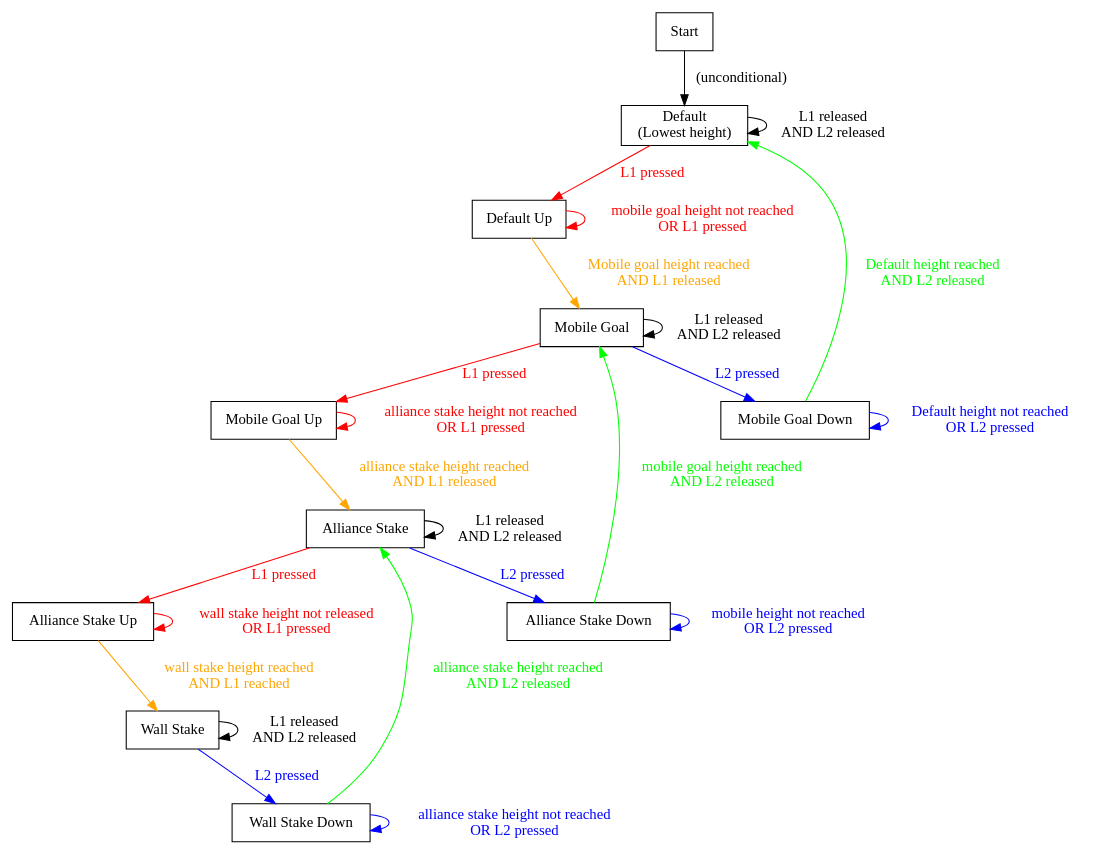
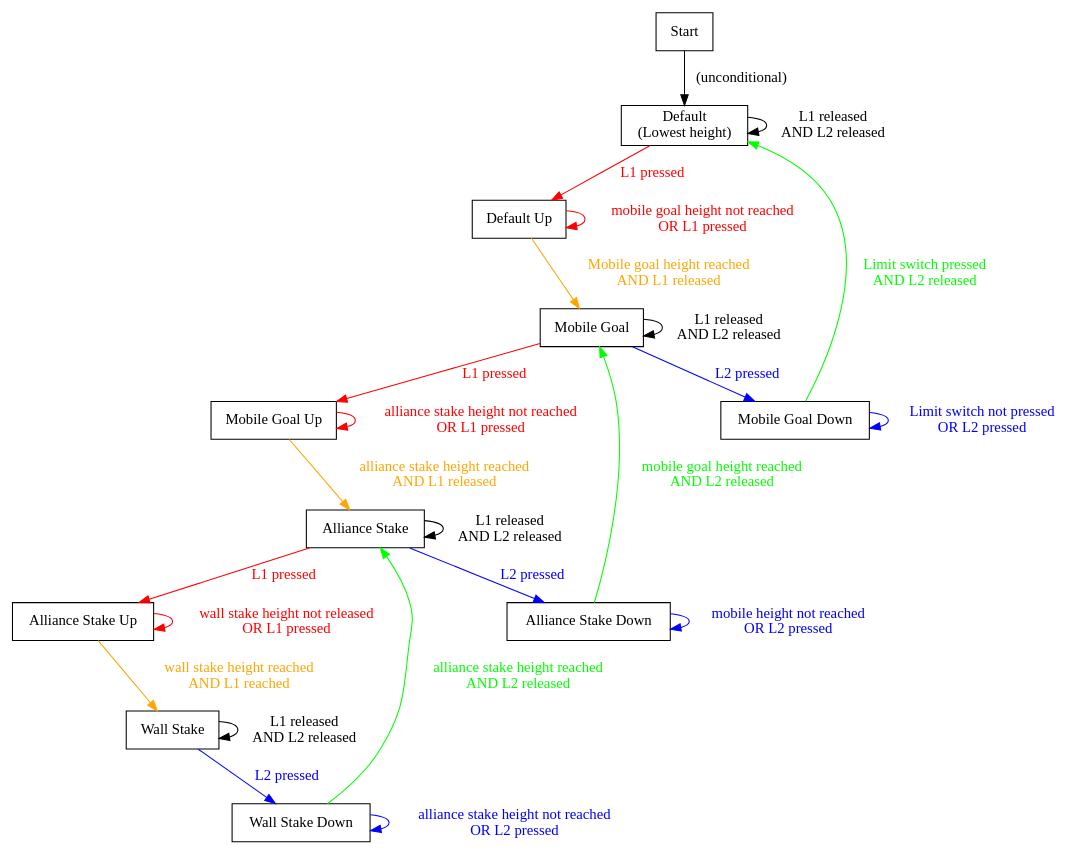
Before and after one commit to eshsrobotics/vex: the diagram in 2024/prototype/intake_mechanisms/docs/lift-state-machine.dot, drawn with Graphviz. The commit also changed 2 other files, not shown here.

Commit message:
A new lift method was made to check the whether the limit is pressed.
* A new method is added to Ilift.h to check whether the limit switch is
  pressed or not.
  * This will be used as the new condition to check whether the lift has
    reached low enough.
* The state machine was updated to reflect the new condition.
    * Currently, it checks whether the lift has stopped spinning.
      However, this is no longer valid as the lift will not stop due to
      the physical obstruction being rubber bands and not metal; rubber
      bands do not fully stop the lift.

```diff
--- a/2024/prototype/intake_mechanisms/docs/lift-state-machine.dot
+++ b/2024/prototype/intake_mechanisms/docs/lift-state-machine.dot
@@ -1,58 +1,58 @@
 // To convert this to an image, install Graphviz to your $PATH, then run:
 //
 //   dot -T png -o lift-state-machine.png lift-state-machine.dot
 digraph G {
 
     node [shape=record, fontname="Georgia", style="solid"];
     graph [rankdir="TB", nodesep=".25"];
 
     Start;
     Default [label="Default\n(Lowest height)"];
     DefaultUp [label="Default Up"];
     MobileGoalDown [label="Mobile Goal Down"];
     MobileGoal [label="Mobile Goal"];
     MobileGoalUp [label="Mobile Goal Up"];
     AllianceStakeDown [label="Alliance Stake Down"];
     AllianceStake [label="Alliance Stake"];
     AllianceStakeUp [label="Alliance Stake Up"];
     WallStakeDown [label="Wall Stake Down"];
     WallStake [label="Wall Stake"];
 
     Start -> Default [label="(unconditional)"];
 
     Default -> DefaultUp [label="L1 pressed", fontcolor="red", color="red"];
     Default -> Default [label="L1 released\n AND L2 released"];
 
     DefaultUp -> MobileGoal [label="Mobile goal height reached\n AND L1 released", fontcolor="orange", color="orange"];
     DefaultUp -> DefaultUp [label="mobile goal height not reached\n OR L1 pressed", fontcolor="red", color="red"];
 
     MobileGoal -> MobileGoalDown [label="L2 pressed", fontcolor="blue", color="blue"];
     MobileGoal -> MobileGoal [label="L1 released\n AND L2 released"];
     MobileGoal -> MobileGoalUp [label="L1 pressed", fontcolor="red", color="red"];
 
-    MobileGoalDown -> Default [label="Default height reached\n AND L2 released", fontcolor="lime", color="lime"];
-    MobileGoalDown -> MobileGoalDown [label="Default height not reached\n OR L2 pressed", fontcolor="blue", color="blue"];
+    MobileGoalDown -> Default [label="Limit switch pressed\n AND L2 released", fontcolor="lime", color="lime"];
+    MobileGoalDown -> MobileGoalDown [label="Limit switch not pressed\n OR L2 pressed", fontcolor="blue", color="blue"];
 
     MobileGoalUp -> AllianceStake [label="alliance stake height reached\n AND L1 released", fontcolor="orange", color="orange"];
     MobileGoalUp -> MobileGoalUp [label="alliance stake height not reached\n OR L1 pressed", fontcolor="red", color="red"];
 
     AllianceStake -> AllianceStakeDown [label="L2 pressed", fontcolor="blue", color="blue"];
     AllianceStake -> AllianceStake [label="L1 released\n AND L2 released"];
     AllianceStake -> AllianceStakeUp [label="L1 pressed", fontcolor="red", color="red"];
 
     AllianceStakeDown -> AllianceStakeDown [label="mobile height not reached\n OR L2 pressed", fontcolor="blue", color="blue"];
     AllianceStakeDown -> MobileGoal [label="mobile goal height reached\n AND L2 released", fontcolor="lime", color="lime"];
 
     AllianceStakeUp -> WallStake [label="wall stake height reached\n AND L1 reached", fontcolor="orange", color="orange"];
     AllianceStakeUp -> AllianceStakeUp [label="wall stake height not released\n OR L1 pressed", fontcolor="red", color="red"];
 
     WallStake -> WallStakeDown [label="L2 pressed", fontcolor="blue", color="blue"];
     WallStake -> WallStake [label="L1 released\n AND L2 released"];
 
     WallStakeDown -> AllianceStake [label="alliance stake height reached\n AND L2 released", fontcolor="lime", color="lime"];
     WallStakeDown -> WallStakeDown [label="alliance stake height not reached\n OR L2 pressed", fontcolor="blue", color="blue"];
 
 
 
 
 }
```
